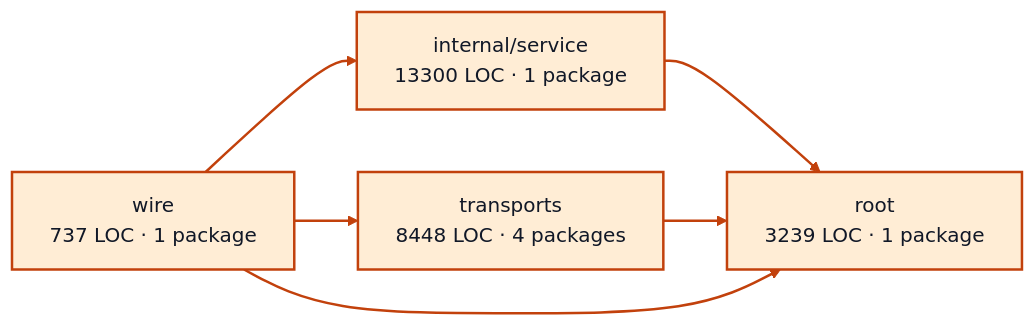
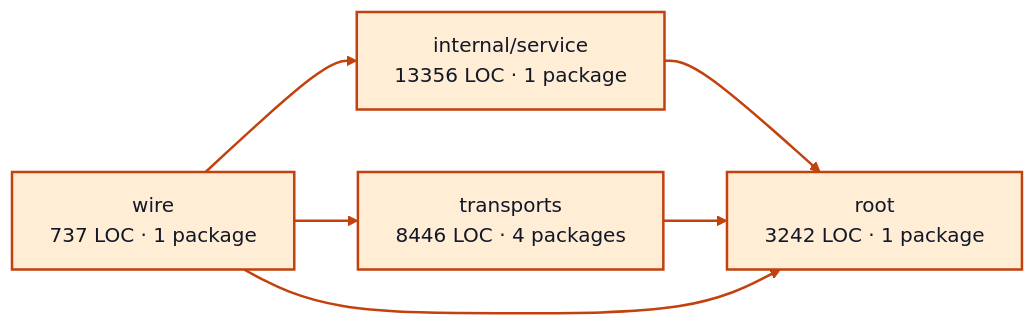
One commit to portpowered/you-agent-factory changed the diagram in docs/architecture/visualizations/services/worker_sessions.md. Above: the diagram before and after it, drawn with Mermaid (base theme). The commit also changed other lines of this file and 20 other files, not shown here.

Commit message:
docs: refresh backend architecture visualizations

````diff
--- a/docs/architecture/visualizations/services/worker_sessions.md
+++ b/docs/architecture/visualizations/services/worker_sessions.md
@@ -11,17 +11,17 @@
 ```mermaid
 flowchart LR
-  p0["internal/service<br/>13300 LOC · 1 package"]
-  p1["root<br/>3239 LOC · 1 package"]
-  p2["transports<br/>8448 LOC · 4 packages"]
+  p0["internal/service<br/>13356 LOC · 1 package"]
+  p1["root<br/>3242 LOC · 1 package"]
+  p2["transports<br/>8446 LOC · 4 packages"]
   p3["wire<br/>737 LOC · 1 package"]
   p0 --> p1
   p2 --> p1
   p3 --> p0
   p3 --> p1
   p3 --> p2
   style p0 fill:#ffedd5,stroke:#c2410c,stroke-width:2px,color:#111827
   style p1 fill:#ffedd5,stroke:#c2410c,stroke-width:2px,color:#111827
   style p2 fill:#ffedd5,stroke:#c2410c,stroke-width:2px,color:#111827
   style p3 fill:#ffedd5,stroke:#c2410c,stroke-width:2px,color:#111827
   linkStyle default stroke:#c2410c,stroke-width:2px
 ```
````
